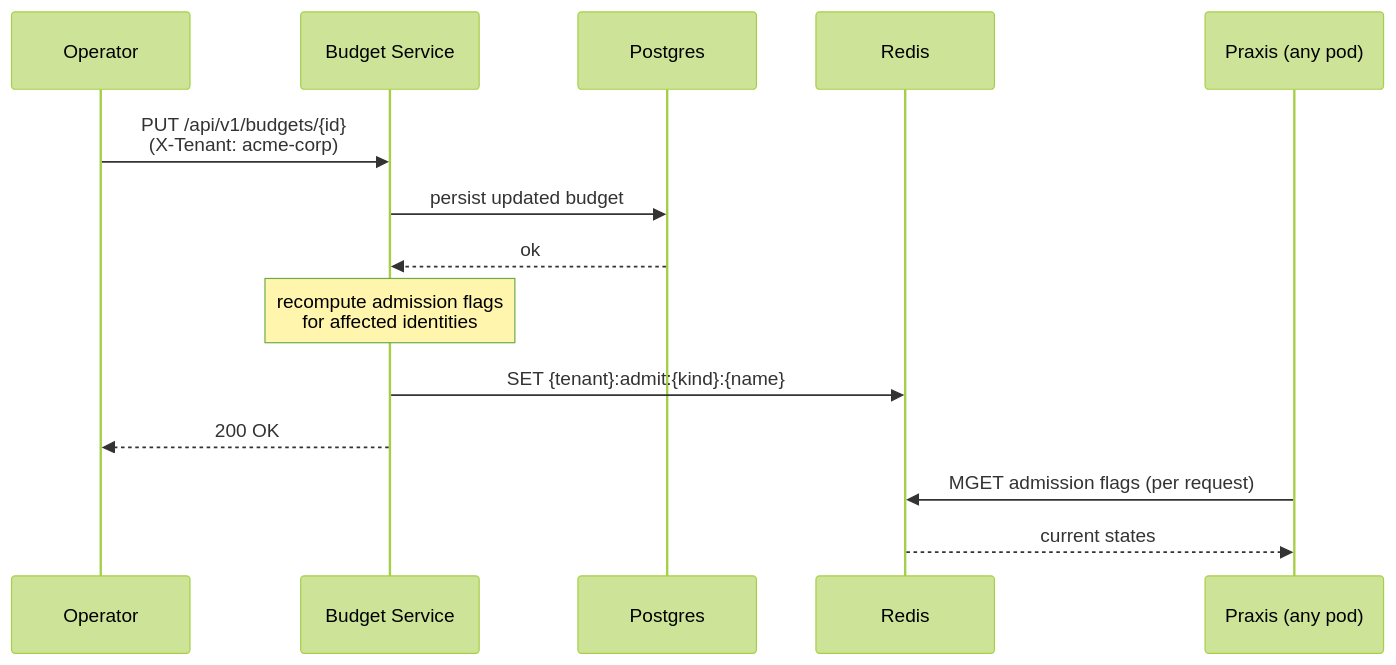
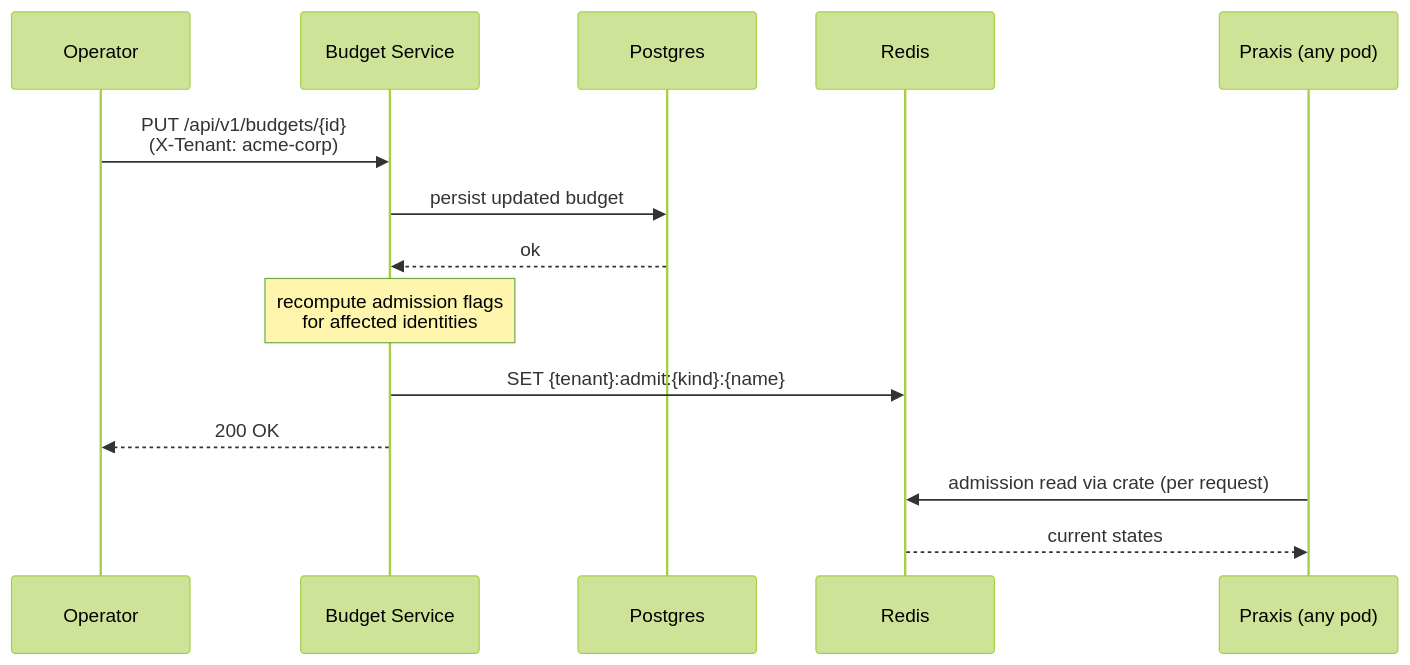
Before and after one commit to opendatahub-io/architecture-decision-records: the third of 3 diagrams in architecture-decision-records/ai-gateway/ODH-ADR-0001-Tokenomics.md, drawn with Mermaid (forest theme). The commit also changed other lines of this file, not shown here.

First line of the commit message:
docs: make the admission crate the Praxis-facing contract

````diff
--- a/architecture-decision-records/ai-gateway/ODH-ADR-0001-Tokenomics.md
+++ b/architecture-decision-records/ai-gateway/ODH-ADR-0001-Tokenomics.md
@@ -137,18 +140,18 @@
 ```mermaid
 sequenceDiagram
     participant Operator
     participant BudgetService as Budget Service
     participant Postgres
     participant Redis
     participant Praxis as Praxis (any pod)
 
     Operator->>BudgetService: PUT /api/v1/budgets/{id}<br>(X-Tenant: acme-corp)
     BudgetService->>Postgres: persist updated budget
     Postgres-->>BudgetService: ok
     Note over BudgetService: recompute admission flags<br>for affected identities
     BudgetService->>Redis: SET {tenant}:admit:{kind}:{name}
     BudgetService-->>Operator: 200 OK
 
-    Praxis->>Redis: MGET admission flags (per request)
+    Praxis->>Redis: admission read via crate (per request)
     Redis-->>Praxis: current states
 ```
````
